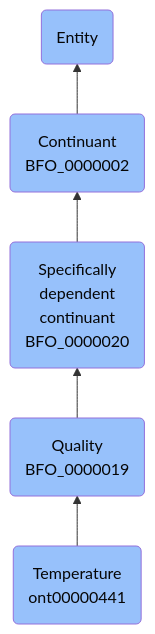
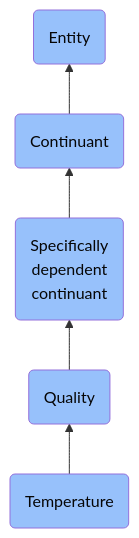
The diagram in docs/ontology/reference/model/Entity/Continuant/Specifically dependent continuant/Quality/Temperature/Temperature.md (jupyter-naas/abi), drawn with Mermaid before and after one commit. The commit also changed other lines of this file and 1430 other files, not shown here.

````diff
--- a/docs/ontology/reference/model/Entity/Continuant/Specifically dependent continuant/Quality/Temperature/Temperature.md
+++ b/docs/ontology/reference/model/Entity/Continuant/Specifically dependent continuant/Quality/Temperature/Temperature.md
@@ -24,12 +24,12 @@
 ```mermaid
 graph BT
-    ont00000441(Temperature<br>ont00000441):::BFO-->BFO_0000019
-    BFO_0000019(Quality<br>BFO_0000019):::BFO-->BFO_0000020
-    BFO_0000020(Specifically<br>dependent<br>continuant<br>BFO_0000020):::BFO-->BFO_0000002
-    BFO_0000002(Continuant<br>BFO_0000002):::BFO-->BFO_0000001
+    ont00000441(Temperature):::BFO-->BFO_0000019
+    BFO_0000019(Quality):::BFO-->BFO_0000020
+    BFO_0000020(Specifically<br>dependent<br>continuant):::BFO-->BFO_0000002
+    BFO_0000002(Continuant):::BFO-->BFO_0000001
     BFO_0000001(Entity):::BFO
     
     classDef BFO fill:#97c1fb,color:#060606
     classDef CCO fill:#e4c51e,color:#060606
     classDef ABI fill:#48DD82,color:#060606
 ```
````
